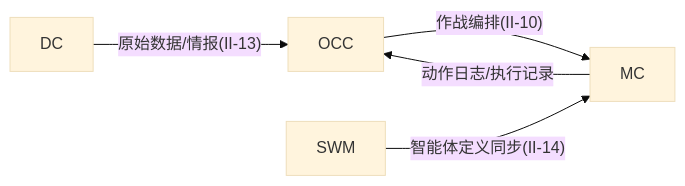
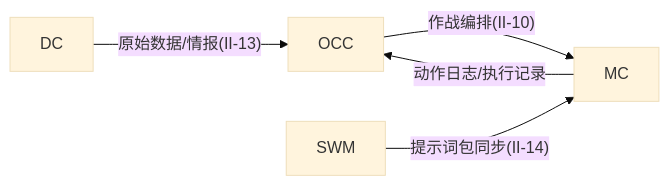
One commit to Sj-g/obsidian changed the third of 14 diagrams in 公司项目/认知作战/文档/软件概要设计说明.md. Above: the diagram before and after it, drawn with Mermaid (base theme). The commit also changed other lines of this file and 4 other files, not shown here.

````diff
--- a/公司项目/认知作战/文档/软件概要设计说明.md
+++ b/公司项目/认知作战/文档/软件概要设计说明.md
@@ -158,7 +158,7 @@
 ```mermaid
 flowchart LR
     DC -->|"原始数据/情报(II-13)"| OCC
     OCC -->|"作战编排(II-10)"| MC
-    SWM -->|"智能体定义同步(II-14)"| MC
+    SWM -->|"提示词包同步(II-14)"| MC
     MC -->|"动作日志/执行记录"| OCC
 ```
````
